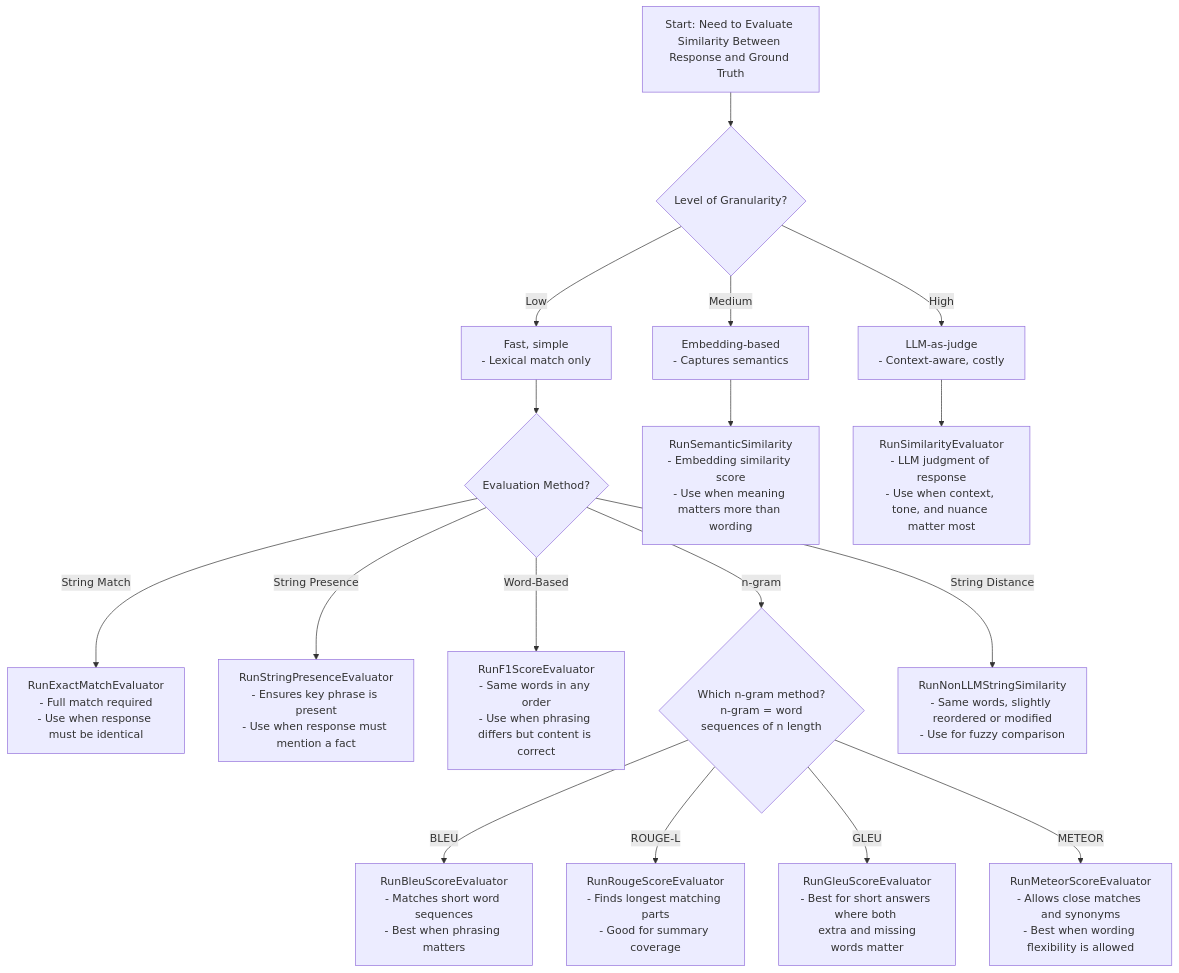
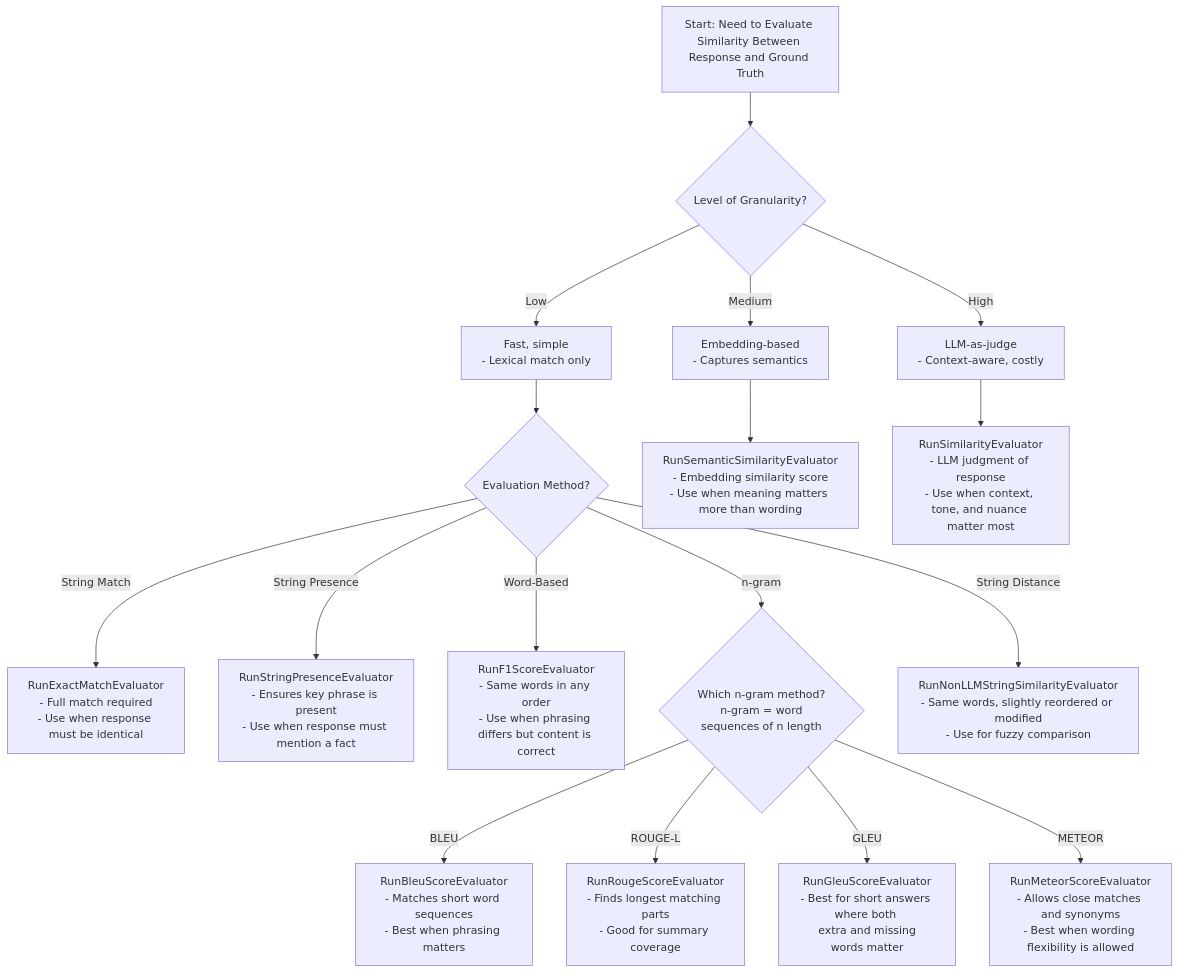
The first of 7 diagrams in README.md (audaciaconsulting/audacia-llm-evaluation), drawn with Mermaid before and after one commit. The commit also changed other lines of this file and 9 other files, not shown here.

````diff
--- a/README.md
+++ b/README.md
@@ -321,25 +328,25 @@
 ```mermaid
 flowchart TD
     A[Start: Need to Evaluate Similarity Between Response and Ground Truth] --> B{Level of Granularity?}
 
     B -->|Low| B1[Fast, simple\n- Lexical match only]
     B -->|Medium| B2[Embedding-based\n- Captures semantics]
     B -->|High| B3[LLM-as-judge\n- Context-aware, costly]
 
     B1 --> C{Evaluation Method?}
     
     C -->|String Match| C1[RunExactMatchEvaluator\n- Full match required\n- Use when response must be identical]
     C -->|String Presence| C2[RunStringPresenceEvaluator\n- Ensures key phrase is present\n- Use when response must mention a fact]
     C -->|Word-Based| C3[RunF1ScoreEvaluator\n- Same words in any order\n- Use when phrasing differs but content is correct]
     C -->|n-gram| C4{Which n-gram method?\n n-gram = word sequences of n length}
-    C -->|String Distance| C5[RunNonLLMStringSimilarity\n- Same words, slightly reordered or modified\n- Use for fuzzy comparison]
+    C -->|String Distance| C5[RunNonLLMStringSimilarityEvaluator\n- Same words, slightly reordered or modified\n- Use for fuzzy comparison]
 
     C4 -->|BLEU| C4a[RunBleuScoreEvaluator\n- Matches short word sequences\n- Best when phrasing matters]
     C4 -->|ROUGE-L| C4b[RunRougeScoreEvaluator\n- Finds longest matching parts\n- Good for summary coverage]
     C4 -->|GLEU| C4c[RunGleuScoreEvaluator\n- Best for short answers where both \n extra and missing words matter]
     C4 -->|METEOR| C4d[RunMeteorScoreEvaluator\n- Allows close matches and synonyms\n- Best when wording flexibility is allowed]
 
-    B2 --> D[RunSemanticSimilarity\n- Embedding similarity score\n- Use when meaning matters more than wording]
+    B2 --> D[RunSemanticSimilarityEvaluator\n- Embedding similarity score\n- Use when meaning matters more than wording]
 
     B3 --> H[RunSimilarityEvaluator\n- LLM judgment of response\n- Use when context, tone, and nuance matter most]
 ```
````
